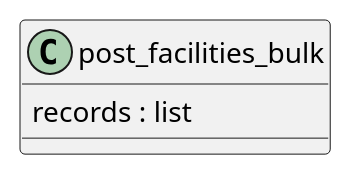
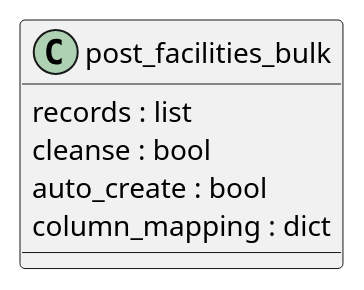
Before and after one commit to opensupplyhub/pyoshub: diagram 22 of 27 in docs/source/datamodel.rst, drawn with PlantUML. The commit also changed other lines of this file and 7 other files, not shown here.

```diff
--- a/docs/source/datamodel.rst
+++ b/docs/source/datamodel.rst
@@ -653,7 +665,10 @@
 .. uml:: 
 
   @startuml
    class post_facilities_bulk {
    records : list
+   cleanse : bool
+   auto_create : bool
+   column_mapping : dict
   }
   @enduml
```
